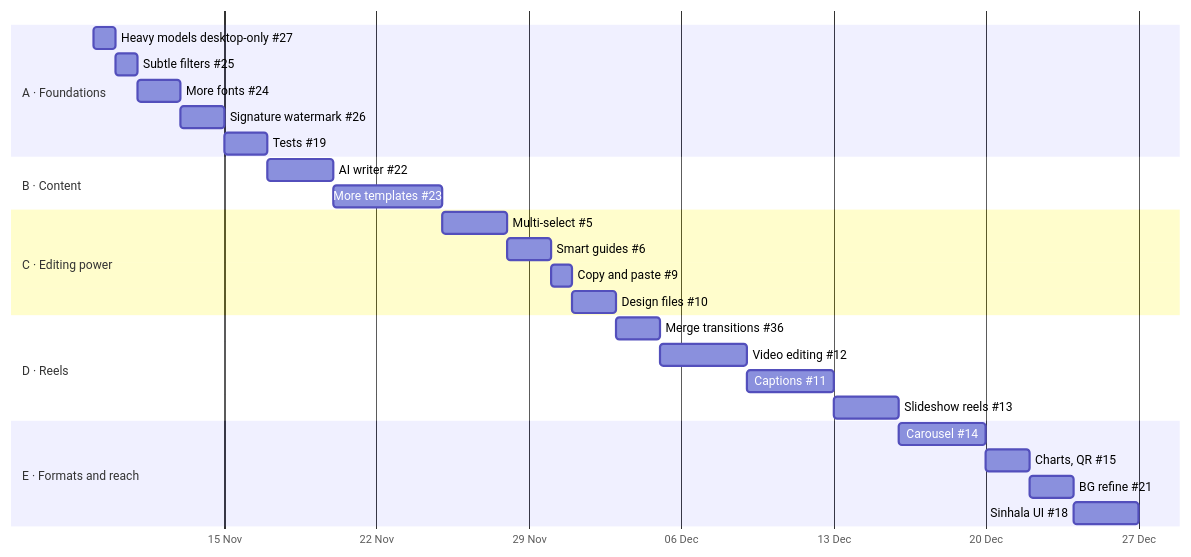
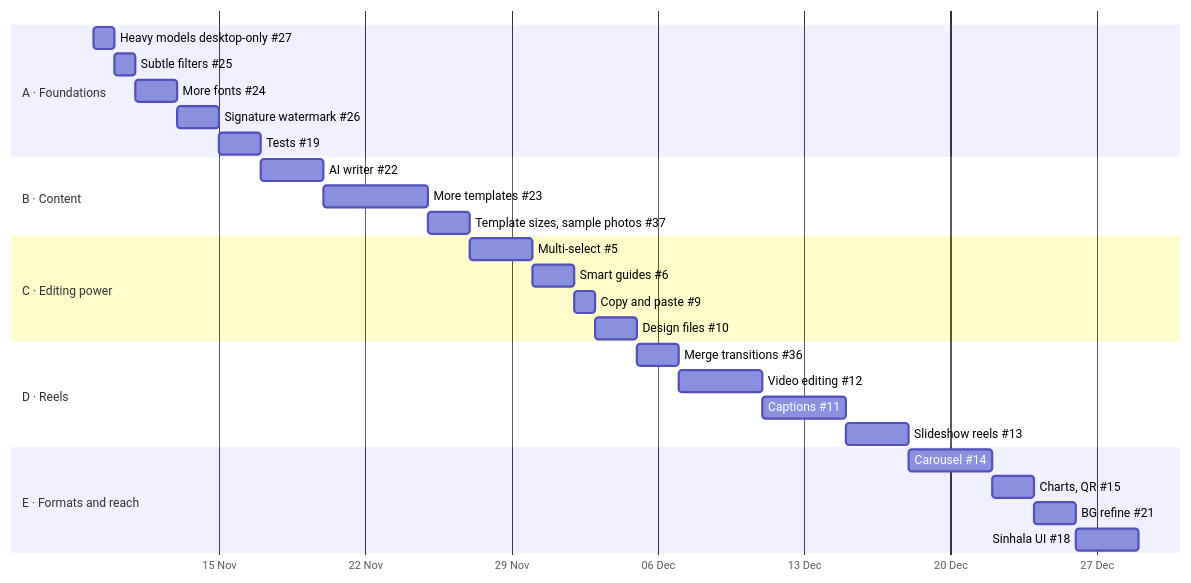
The diagram in docs/ROADMAP.md (harindujayakody/bubble-studio), drawn with Mermaid before and after one commit. The commit also changed other lines of this file and 13 other files, not shown here.

````diff
--- a/docs/ROADMAP.md
+++ b/docs/ROADMAP.md
@@ -34,29 +34,30 @@
 ```mermaid
 gantt
   dateFormat  YYYY-MM-DD
   axisFormat  %d %b
   section A · Foundations
   Heavy models desktop-only #27     :a1, 2026-11-09, 1d
   Subtle filters #25                :a2, after a1, 1d
   More fonts #24                    :a3, after a2, 2d
   Signature watermark #26           :a4, after a3, 2d
   Tests #19                         :a5, after a4, 2d
   section B · Content
   AI writer #22                     :b1, after a5, 3d
   More templates #23                :b2, after b1, 5d
+  Template sizes, sample photos #37 :b3, after b2, 2d
   section C · Editing power
-  Multi-select #5                   :c1, after b2, 3d
+  Multi-select #5                   :c1, after b3, 3d
   Smart guides #6                   :c2, after c1, 2d
   Copy and paste #9                 :c3, after c2, 1d
   Design files #10                  :c4, after c3, 2d
   section D · Reels
   Merge transitions #36             :d1, after c4, 2d
   Video editing #12                 :d2, after d1, 4d
   Captions #11                      :d3, after d2, 4d
   Slideshow reels #13               :d4, after d3, 3d
   section E · Formats and reach
   Carousel #14                      :e1, after d4, 4d
   Charts, QR #15                    :e2, after e1, 2d
   BG refine #21                     :e3, after e2, 2d
   Sinhala UI #18                    :e4, after e3, 3d
 ```
````
